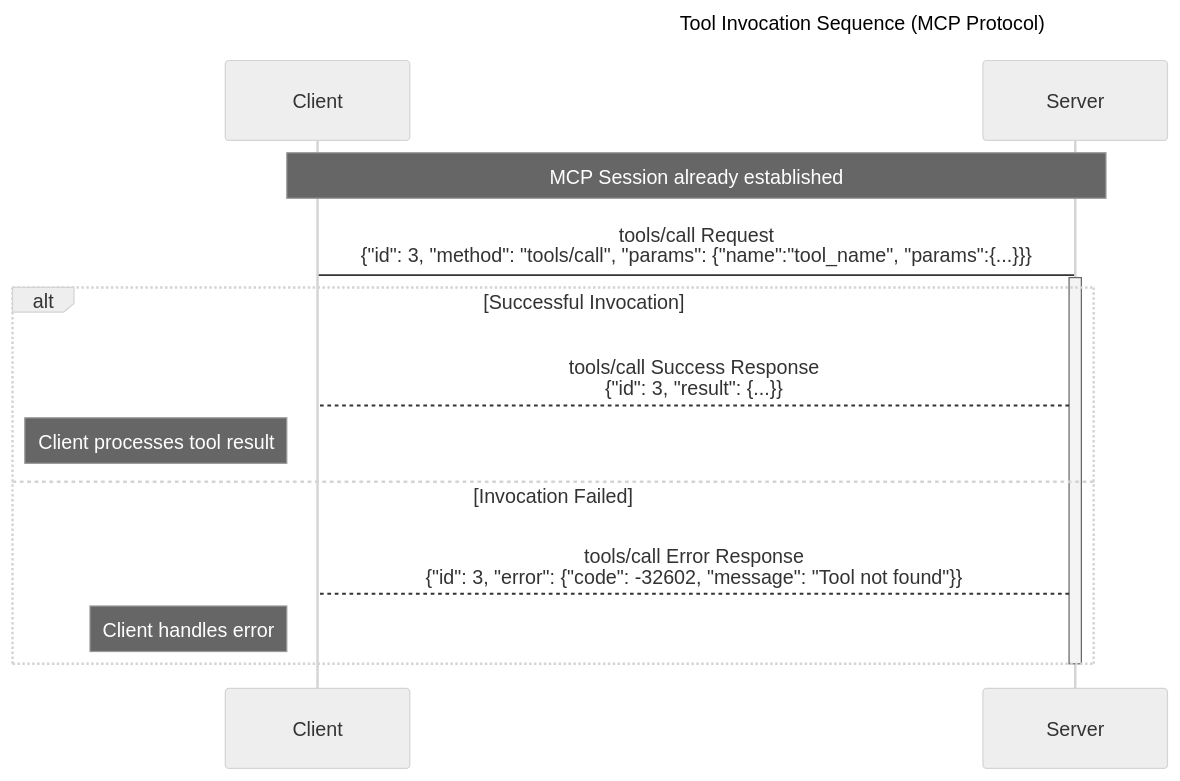
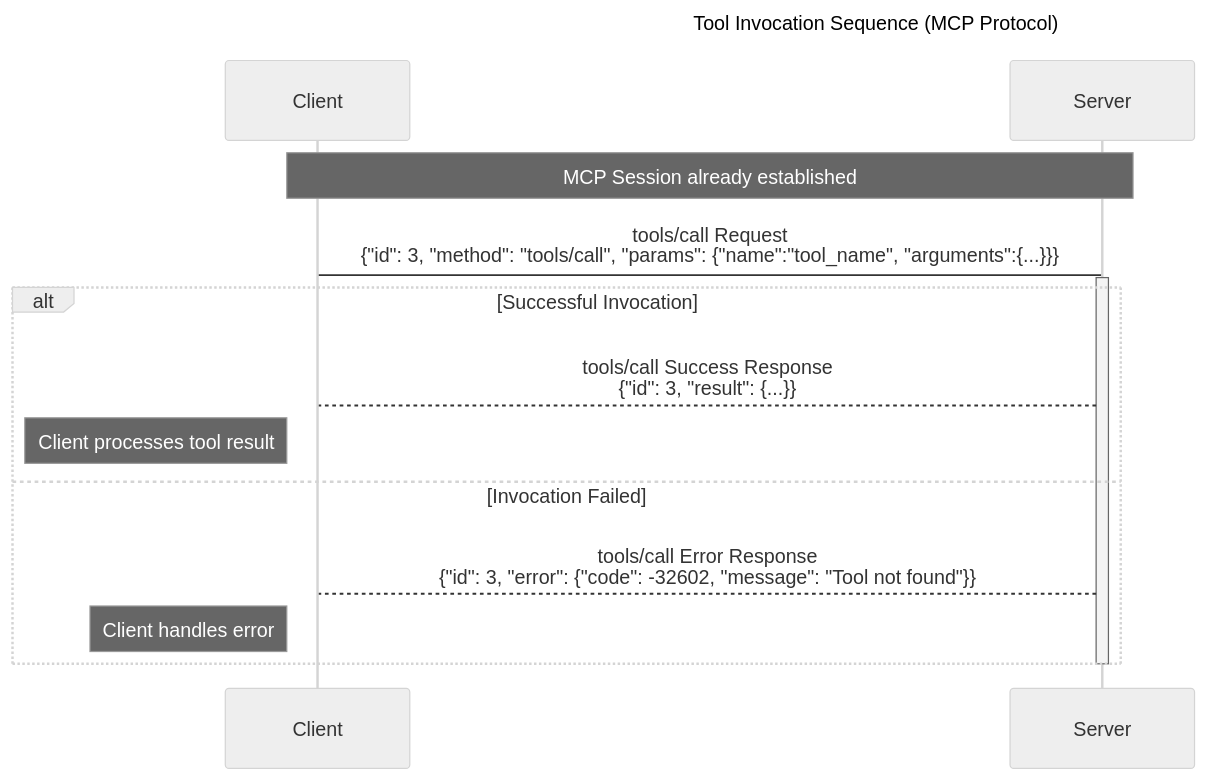
Before and after one commit to PradeepLoganathan/pradeepl-blog: the fourth of 4 diagrams in content/blog/model-context-protocol/mcp-protocol-mechanics-and-architecture/index.md, drawn with Mermaid (neutral theme). The commit also changed other lines of this file and 6 other files, not shown here.

```diff
--- a/content/blog/model-context-protocol/mcp-protocol-mechanics-and-architecture/index.md
+++ b/content/blog/model-context-protocol/mcp-protocol-mechanics-and-architecture/index.md
@@ -411,19 +414,19 @@
 {{< mermaid >}}
 sequenceDiagram
     title Tool Invocation Sequence (MCP Protocol)
     participant Client
     participant Server
 
     Note over Client,Server: MCP Session already established
 
-    Client->Server: tools/call Request<br>{"id": 3, "method": "tools/call", "params": {"name":"tool_name", "params":{...}}}
+    Client->Server: tools/call Request<br>{"id": 3, "method": "tools/call", "params": {"name":"tool_name", "arguments":{...}}}
     activate Server
     alt Successful Invocation
         Server-->Client: tools/call Success Response<br>{"id": 3, "result": {...}}
         Note left of Client: Client processes tool result
     else Invocation Failed
         Server-->Client: tools/call Error Response<br>{"id": 3, "error": {"code": -32602, "message": "Tool not found"}}
         Note left of Client: Client handles error
     end
     deactivate Server
 {{< /mermaid >}}
```
